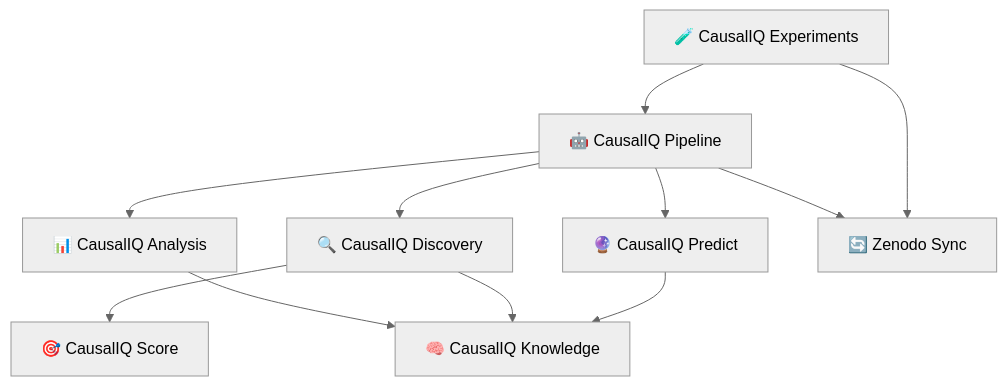
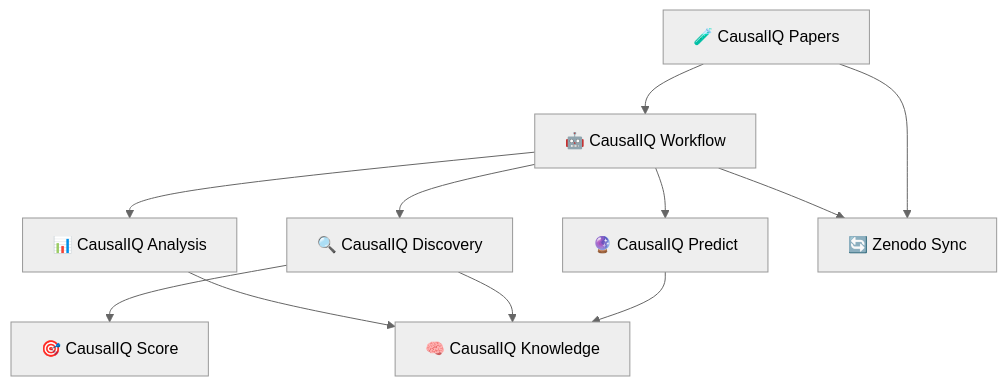
One commit to causaliq/causaliq changed the diagram in docs/projects/index.md. Above: the diagram before and after it, drawn with Mermaid (neutral theme). The commit also changed other lines of this file and 10 other files, not shown here.

Commit message:
docs: rename causaliq-pipeline to causaliq-workflow, and causaliq-experiments to causaliq-papers

````diff
--- a/docs/projects/index.md
+++ b/docs/projects/index.md
@@ -36,24 +36,24 @@
 ```mermaid
 graph TD
     DIS[🔍 CausalIQ Discovery]
     KNO[🧠 CausalIQ Knowledge]
-    PIP[🤖 CausalIQ Pipeline]
+    WOR[🤖 CausalIQ Workflow]
     ANA[📊 CausalIQ Analysis] 
-    EXP[🧪 CausalIQ Experiments]
+    PAP[🧪 CausalIQ Papers]
     SCO[🎯 CausalIQ Score]
     PRE[🔮 CausalIQ Predict]
     ZEN[🔄 Zenodo Sync]
 
-    EXP --> ZEN
-    EXP --> PIP
-    PIP --> DIS
-    PIP --> ANA
-    PIP --> ZEN
-    PIP --> PRE
+    PAP --> ZEN
+    PAP --> WOR
+    WOR --> DIS
+    WOR --> ANA
+    WOR --> ZEN
+    WOR --> PRE
     PRE --> KNO
     DIS --> KNO
     ANA --> KNO
     DIS --> SCO
     
 
 ```
````
